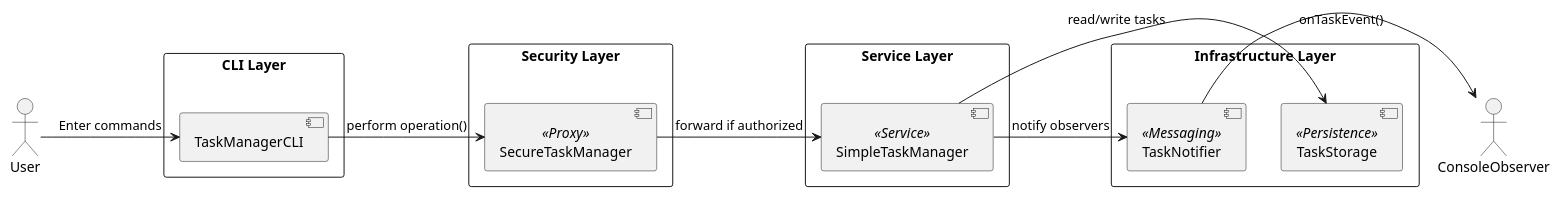
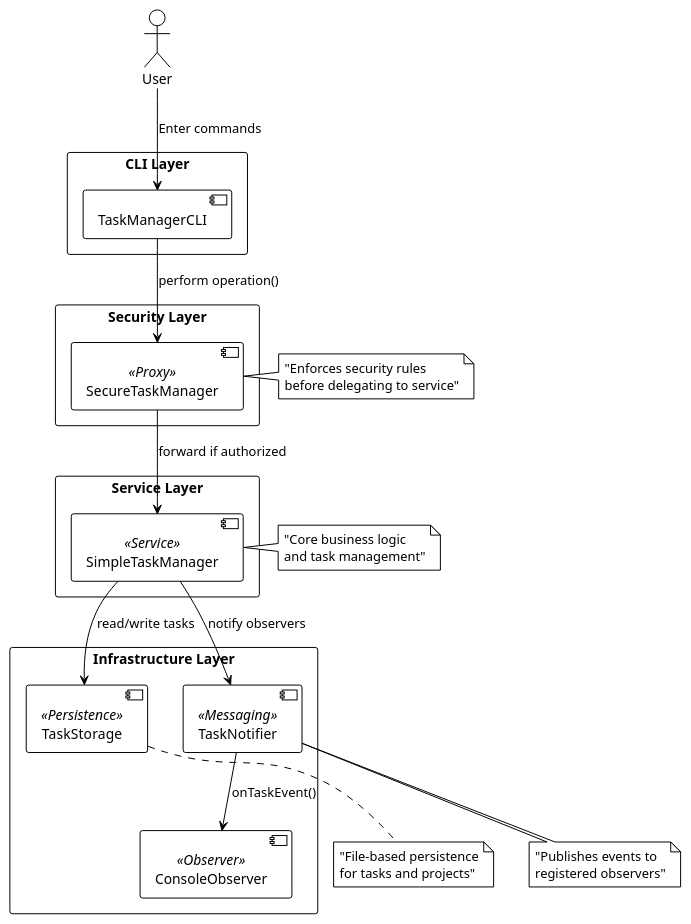
Before and after one commit to claudiolagona/taskmanager: the second of 2 diagrams in README.md, drawn with PlantUML. The commit also changed other lines of this file, not shown here.

Commit message:
changed diagrams for plantuml

````diff
--- a/README.md
+++ b/README.md
@@ -157,29 +274,38 @@
 ```plantuml
 @startuml
+!theme plain
+
 actor User
 
 rectangle "CLI Layer" {
-  component TaskManagerCLI
+  component TaskManagerCLI as CLI
 }
 
 rectangle "Security Layer" {
-  component SecureTaskManager <<Proxy>>
+  component SecureTaskManager as Security <<Proxy>>
 }
 
 rectangle "Service Layer" {
-  component SimpleTaskManager <<Service>>
+  component SimpleTaskManager as Service <<Service>>
 }
 
 rectangle "Infrastructure Layer" {
-  component TaskStorage <<Persistence>>
-  component TaskNotifier <<Messaging>>
+  component TaskStorage as Storage <<Persistence>>
+  component TaskNotifier as Notifier <<Messaging>>
+  component ConsoleObserver as Observer <<Observer>>
 }
 
-User -> TaskManagerCLI : Enter commands
-TaskManagerCLI -> SecureTaskManager : perform operation()
-SecureTaskManager -> SimpleTaskManager : forward if authorized
-SimpleTaskManager -> TaskStorage : read/write tasks
-SimpleTaskManager -> TaskNotifier : notify observers
-TaskNotifier -> ConsoleObserver : onTaskEvent()
+User --> CLI : "Enter commands"
+CLI --> Security : "perform operation()"
+Security --> Service : "forward if authorized"
+Service --> Storage : "read/write tasks"
+Service --> Notifier : "notify observers"
+Notifier --> Observer : "onTaskEvent()"
+
+note right of Security : "Enforces security rules\nbefore delegating to service"
+note right of Service : "Core business logic\nand task management"
+note bottom of Storage : "File-based persistence\nfor tasks and projects"
+note bottom of Notifier : "Publishes events to\nregistered observers"
+
 @enduml
 ```
````
